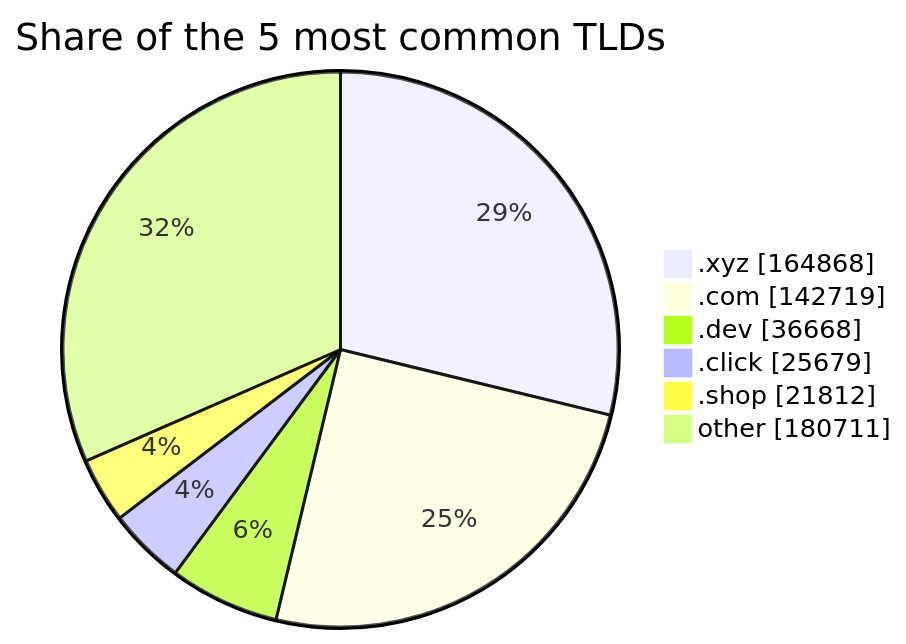
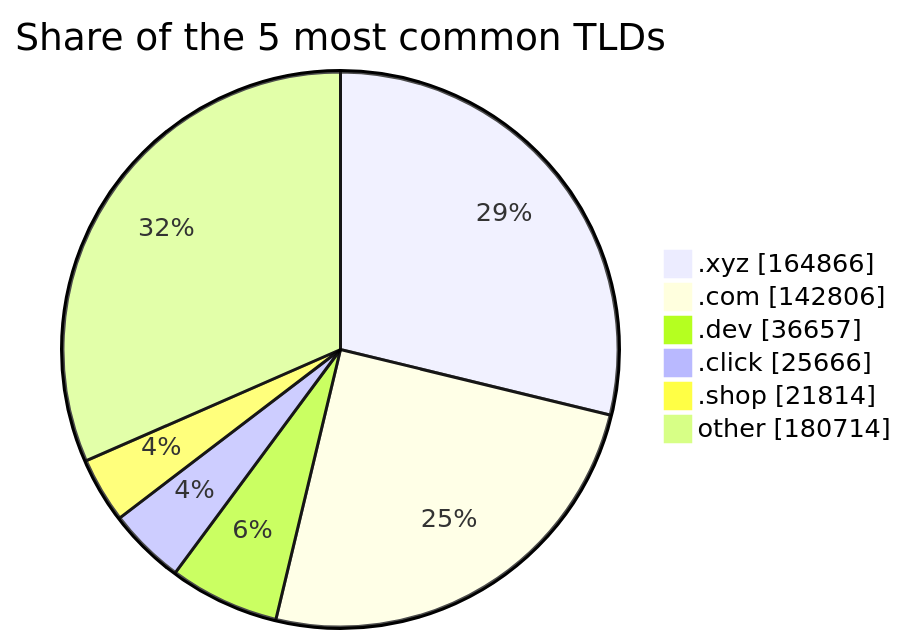
Before and after one commit to DNSBunker/CTI: the third of 3 diagrams in README.md, drawn with Mermaid. The commit also changed other lines of this file and 3 other files, not shown here.

````diff
--- a/README.md
+++ b/README.md
@@ -81,9 +81,9 @@
 ```mermaid
 pie showData title Share of the 5 most common TLDs
-    ".xyz" : 164868
-    ".com" : 142719
-    ".dev" : 36668
-    ".click" : 25679
-    ".shop" : 21812
-    "other" : 180711
+    ".xyz" : 164866
+    ".com" : 142806
+    ".dev" : 36657
+    ".click" : 25666
+    ".shop" : 21814
+    "other" : 180714
 ```
````
